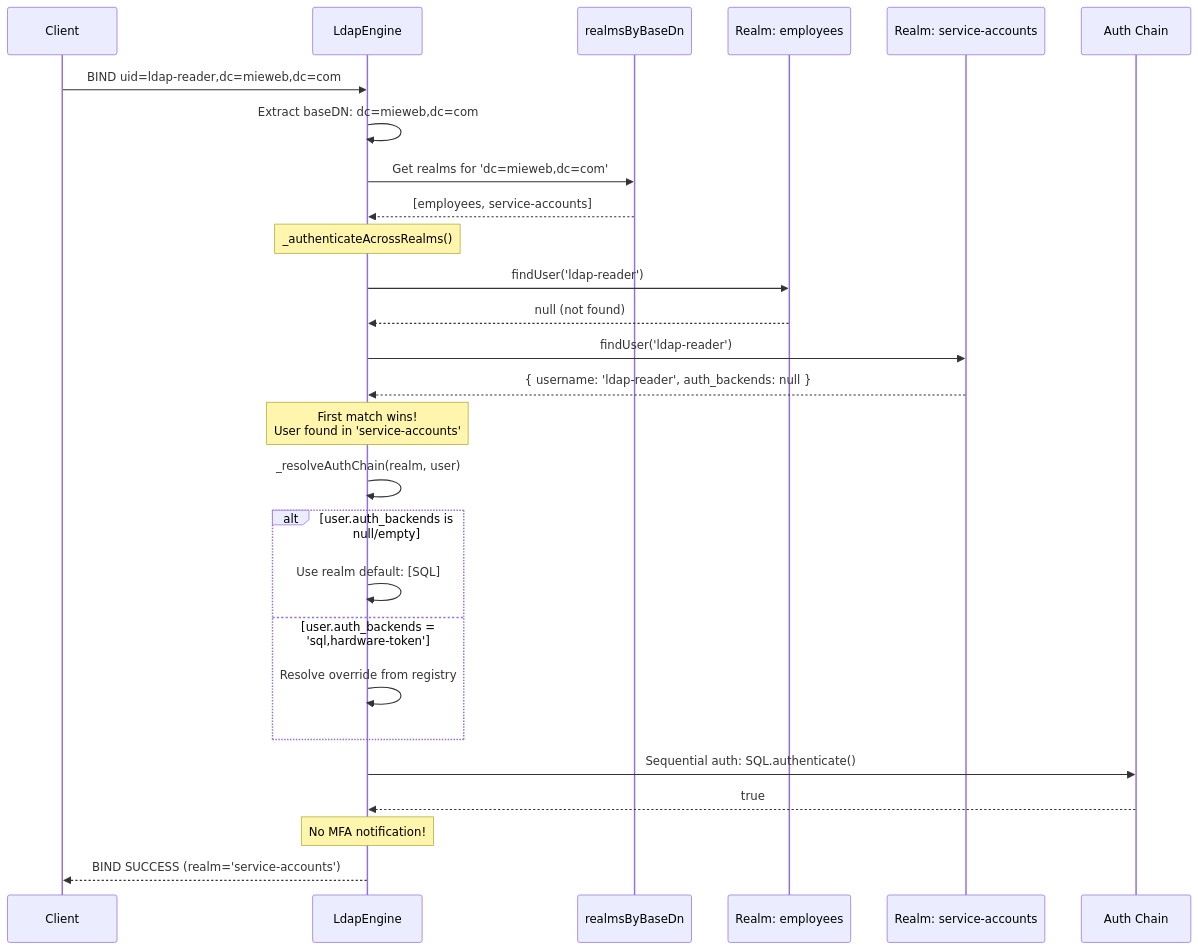
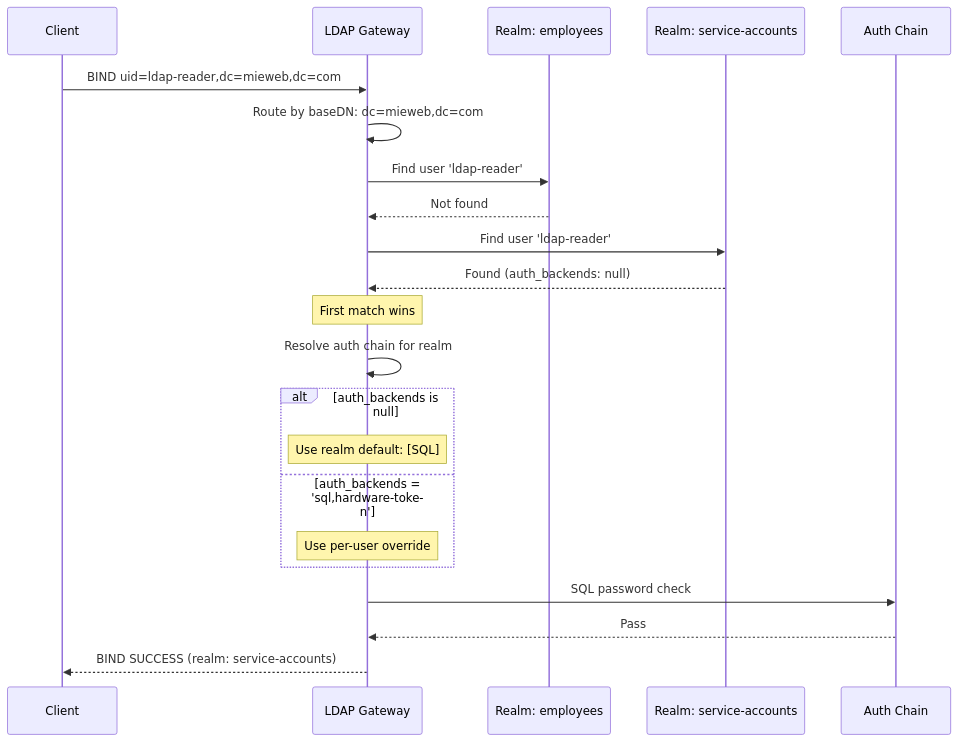
One commit to mieweb/LDAPServer changed the second of 4 diagrams in docs/MULTI-REALM-ARCHITECTURE.md. Above: the diagram before and after it, drawn with Mermaid. The commit also changed other lines of this file, not shown here.

````diff
--- a/docs/MULTI-REALM-ARCHITECTURE.md
+++ b/docs/MULTI-REALM-ARCHITECTURE.md
@@ -223,40 +107,33 @@
 ```mermaid
 sequenceDiagram
     participant Client
-    participant Engine as LdapEngine
-    participant Routing as realmsByBaseDn
+    participant Gateway as LDAP Gateway
     participant R1 as Realm: employees
     participant R2 as Realm: service-accounts
     participant Auth as Auth Chain
 
-    Client->>Engine: BIND uid=ldap-reader,dc=mieweb,dc=com
+    Client->>Gateway: BIND uid=ldap-reader,dc=mieweb,dc=com
 
-    Engine->>Engine: Extract baseDN: dc=mieweb,dc=com
-    Engine->>Routing: Get realms for 'dc=mieweb,dc=com'
-    Routing-->>Engine: [employees, service-accounts]
+    Gateway->>Gateway: Route by baseDN: dc=mieweb,dc=com
 
-    Note over Engine: _authenticateAcrossRealms()
+    Gateway->>R1: Find user 'ldap-reader'
+    R1-->>Gateway: Not found
 
-    Engine->>R1: findUser('ldap-reader')
-    R1-->>Engine: null (not found)
+    Gateway->>R2: Find user 'ldap-reader'
+    R2-->>Gateway: Found (auth_backends: null)
 
-    Engine->>R2: findUser('ldap-reader')
-    R2-->>Engine: { username: 'ldap-reader', auth_backends: null }
+    Note over Gateway: First match wins
 
-    Note over Engine: First match wins!<br/>User found in 'service-accounts'
+    Gateway->>Gateway: Resolve auth chain for realm
 
-    Engine->>Engine: _resolveAuthChain(realm, user)
-
-    alt user.auth_backends is null/empty
-        Engine->>Engine: Use realm default: [SQL]
-    else user.auth_backends = 'sql,hardware-token'
-        Engine->>Engine: Resolve override from registry
+    alt auth_backends is null
+        Note over Gateway: Use realm default: [SQL]
+    else auth_backends = 'sql,hardware-token'
+        Note over Gateway: Use per-user override
     end
 
-    Engine->>Auth: Sequential auth: SQL.authenticate()
-    Auth-->>Engine: true
+    Gateway->>Auth: SQL password check
+    Auth-->>Gateway: Pass
 
-    Note over Engine: No MFA notification!
-
-    Engine-->>Client: BIND SUCCESS (realm='service-accounts')
+    Gateway-->>Client: BIND SUCCESS (realm: service-accounts)
 ```
````
